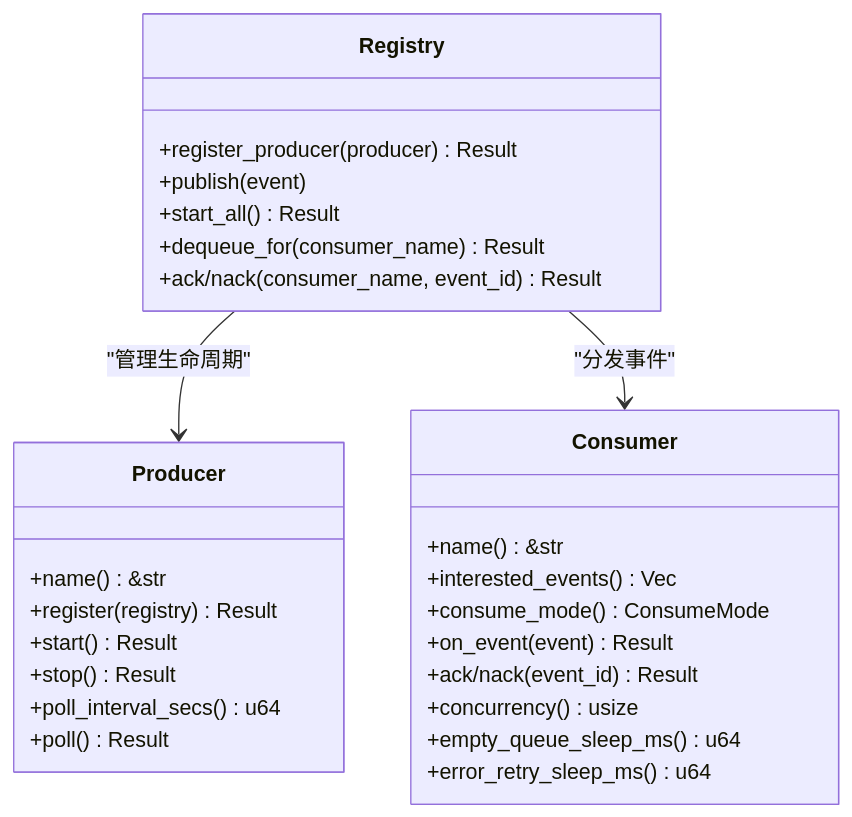
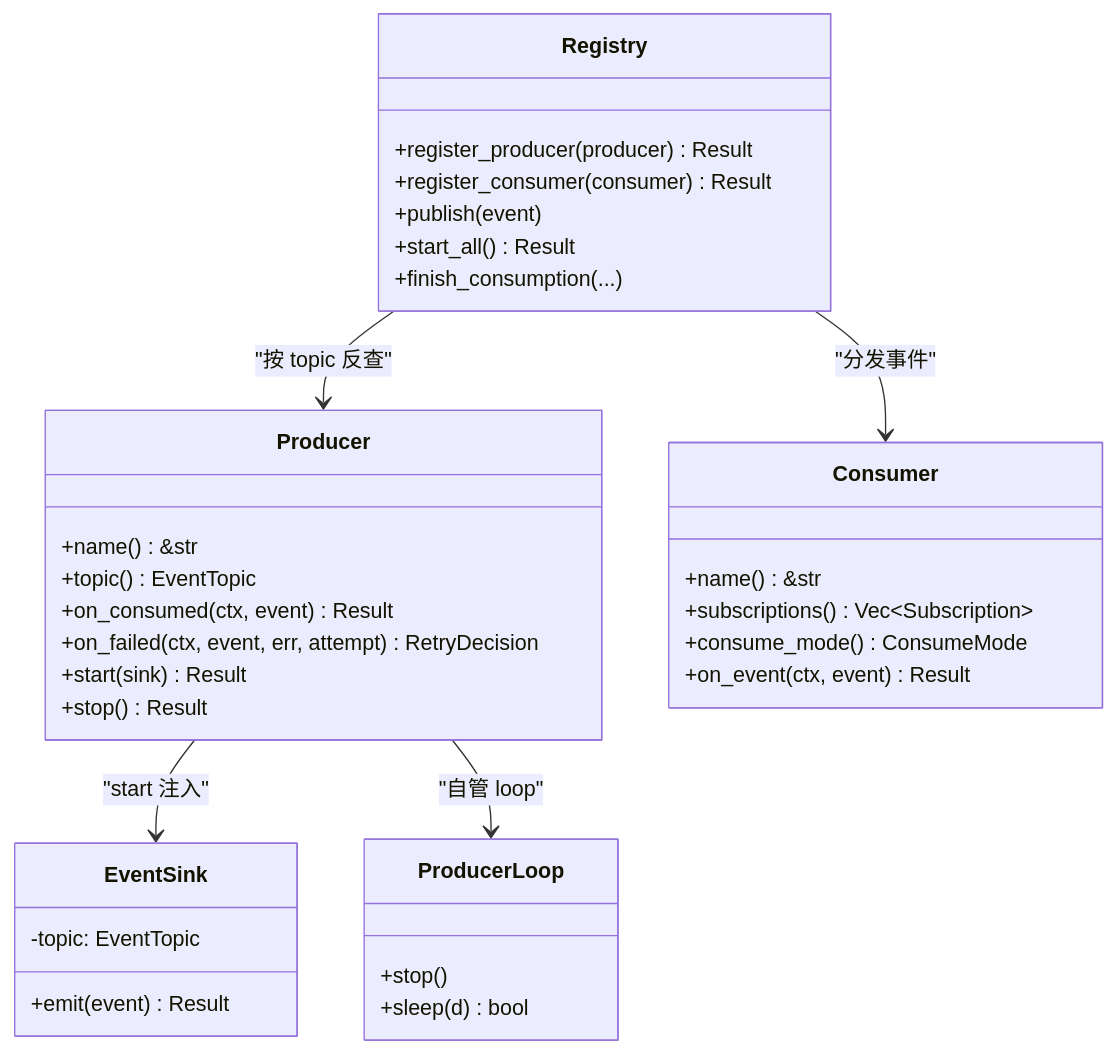
The sixth of 7 diagrams in docs/wiki/zh/content/基础设施/AOP 事件系统/事件生产者/事件生产者.md (runningcoders/ai_orz), drawn with Mermaid before and after one commit. The commit also changed other lines of this file and 37 other files, not shown here.

````diff
--- a/docs/wiki/zh/content/基础设施/AOP 事件系统/事件生产者/事件生产者.md
+++ b/docs/wiki/zh/content/基础设施/AOP 事件系统/事件生产者/事件生产者.md
@@ -233,30 +262,36 @@
 ```mermaid
 classDiagram
 class Producer {
 +name() &str
-+register(registry) Result
-+start() Result
++topic() EventTopic
++on_consumed(ctx, event) Result
++on_failed(ctx, event, err, attempt) RetryDecision
++start(sink) Result
 +stop() Result
-+poll_interval_secs() u64
-+poll() Result
+}
+class EventSink {
+-topic: EventTopic
++emit(event) Result
+}
+class ProducerLoop {
++stop()
++sleep(d) bool
 }
 class Registry {
 +register_producer(producer) Result
++register_consumer(consumer) Result
 +publish(event)
 +start_all() Result
-+dequeue_for(consumer_name) Result
-+ack/nack(consumer_name, event_id) Result
++finish_consumption(...)
 }
 class Consumer {
 +name() &str
-+interested_events() Vec<EventKind>
++subscriptions() Vec~Subscription~
 +consume_mode() ConsumeMode
-+on_event(event) Result
-+ack/nack(event_id) Result
-+concurrency() usize
-+empty_queue_sleep_ms() u64
-+error_retry_sleep_ms() u64
++on_event(ctx, event) Result
 }
-Registry --> Producer : "管理生命周期"
+Producer --> EventSink : "start 注入"
+Producer --> ProducerLoop : "自管 loop"
+Registry --> Producer : "按 topic 反查"
 Registry --> Consumer : "分发事件"
 ```
````
